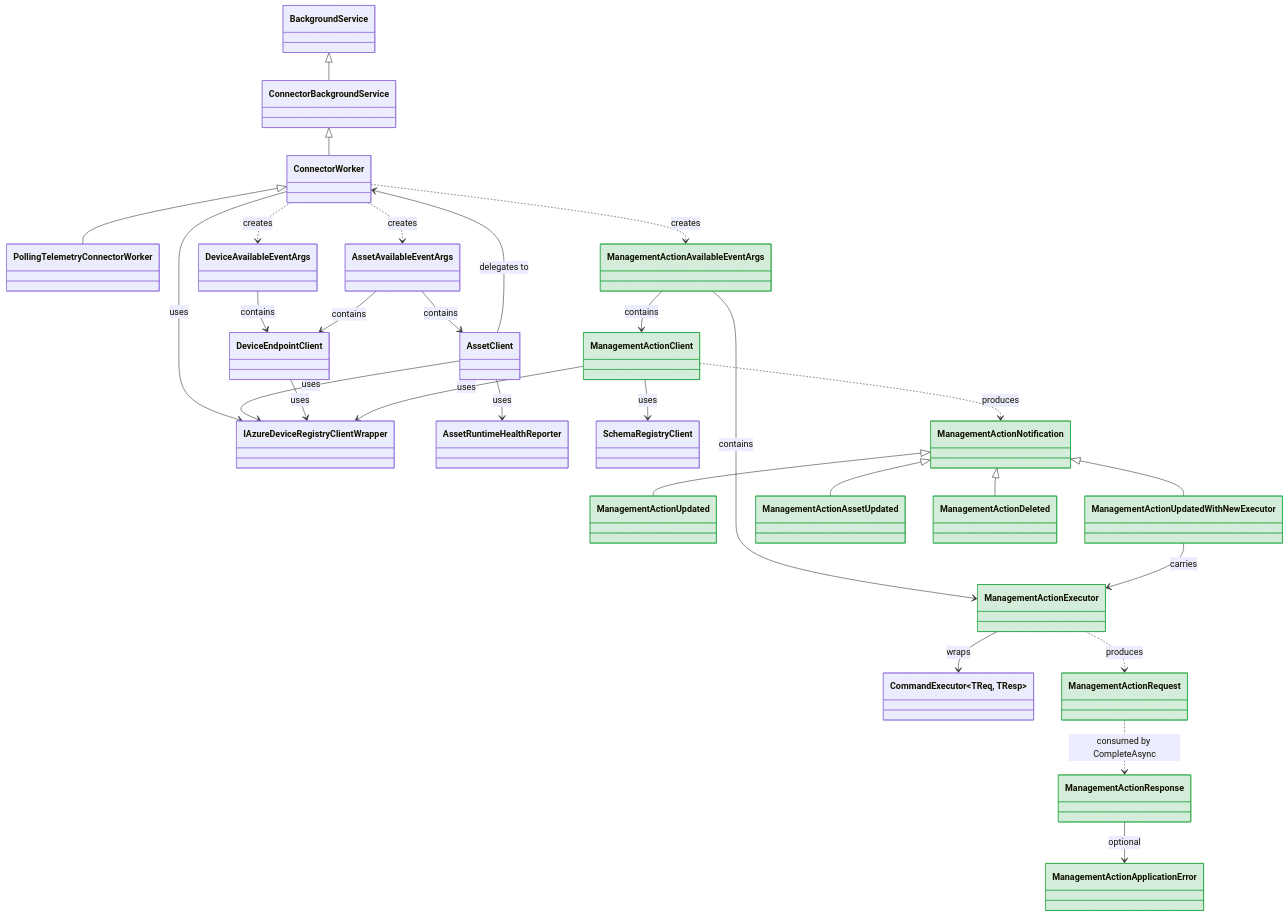
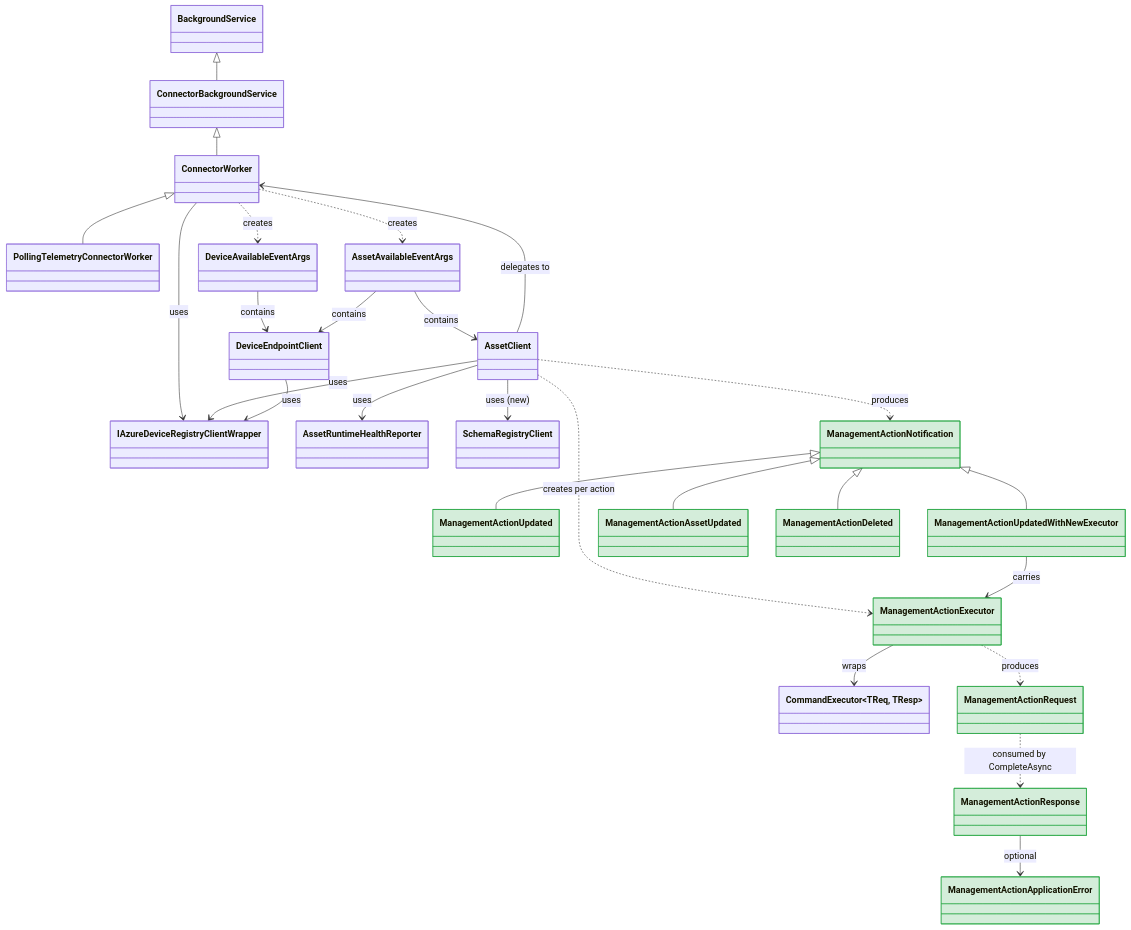
Before and after one commit to Azure/iot-operations-sdks: the first of 10 diagrams in doc/dev/tmp/management-action-implementation-design.md, drawn with Mermaid. The commit also changed other lines of this file and 2 other files, not shown here.

Commit message:
Refactor management action support in .NET SDK

````diff
--- a/doc/dev/tmp/management-action-implementation-design.md
+++ b/doc/dev/tmp/management-action-implementation-design.md
@@ -14,65 +14,58 @@
 ```mermaid
 classDiagram
     direction TB
 
     %% Hosting / Base
     BackgroundService <|-- ConnectorBackgroundService
     ConnectorBackgroundService <|-- ConnectorWorker
     ConnectorWorker <|-- PollingTelemetryConnectorWorker
 
     %% Existing: ConnectorWorker creates event args
     ConnectorWorker ..> DeviceAvailableEventArgs : creates
     ConnectorWorker ..> AssetAvailableEventArgs : creates
-    ConnectorWorker ..> ManagementActionAvailableEventArgs : creates
 
     %% Existing: ConnectorWorker dependencies
     ConnectorWorker --> IAzureDeviceRegistryClientWrapper : uses
 
     %% Existing event args composition
     DeviceAvailableEventArgs --> DeviceEndpointClient : contains
     AssetAvailableEventArgs --> AssetClient : contains
     AssetAvailableEventArgs --> DeviceEndpointClient : contains
 
-    %% New event args composition
-    ManagementActionAvailableEventArgs --> ManagementActionClient : contains
-    ManagementActionAvailableEventArgs --> ManagementActionExecutor : contains
-
     %% Existing client dependencies
     AssetClient --> IAzureDeviceRegistryClientWrapper : uses
     AssetClient --> AssetRuntimeHealthReporter : uses
     AssetClient --> ConnectorWorker : delegates to
     DeviceEndpointClient --> IAzureDeviceRegistryClientWrapper : uses
 
-    %% New client dependencies
-    ManagementActionClient --> IAzureDeviceRegistryClientWrapper : uses
-    ManagementActionClient --> SchemaRegistryClient : uses
-    ManagementActionClient ..> ManagementActionNotification : produces
+    %% New: AssetClient management action methods
+    AssetClient --> SchemaRegistryClient : uses (new)
+    AssetClient ..> ManagementActionExecutor : creates per action
+    AssetClient ..> ManagementActionNotification : produces
 
     %% Executor chain
     ManagementActionExecutor --> CommandExecutor~TReq, TResp~ : wraps
     ManagementActionExecutor ..> ManagementActionRequest : produces
 
     %% Request/Response
     ManagementActionRequest ..> ManagementActionResponse : consumed by CompleteAsync
     ManagementActionResponse --> ManagementActionApplicationError : optional
 
     %% Notification hierarchy
     ManagementActionNotification <|-- ManagementActionUpdated
     ManagementActionNotification <|-- ManagementActionUpdatedWithNewExecutor
     ManagementActionNotification <|-- ManagementActionAssetUpdated
     ManagementActionNotification <|-- ManagementActionDeleted
     ManagementActionUpdatedWithNewExecutor --> ManagementActionExecutor : carries
 
     %% Style: new types
-    style ManagementActionAvailableEventArgs fill:#d4edda,stroke:#28a745
-    style ManagementActionClient fill:#d4edda,stroke:#28a745
     style ManagementActionExecutor fill:#d4edda,stroke:#28a745
     style ManagementActionRequest fill:#d4edda,stroke:#28a745
     style ManagementActionResponse fill:#d4edda,stroke:#28a745
     style ManagementActionApplicationError fill:#d4edda,stroke:#28a745
     style ManagementActionNotification fill:#d4edda,stroke:#28a745
     style ManagementActionUpdated fill:#d4edda,stroke:#28a745
     style ManagementActionUpdatedWithNewExecutor fill:#d4edda,stroke:#28a745
     style ManagementActionAssetUpdated fill:#d4edda,stroke:#28a745
     style ManagementActionDeleted fill:#d4edda,stroke:#28a745
 ```
````
